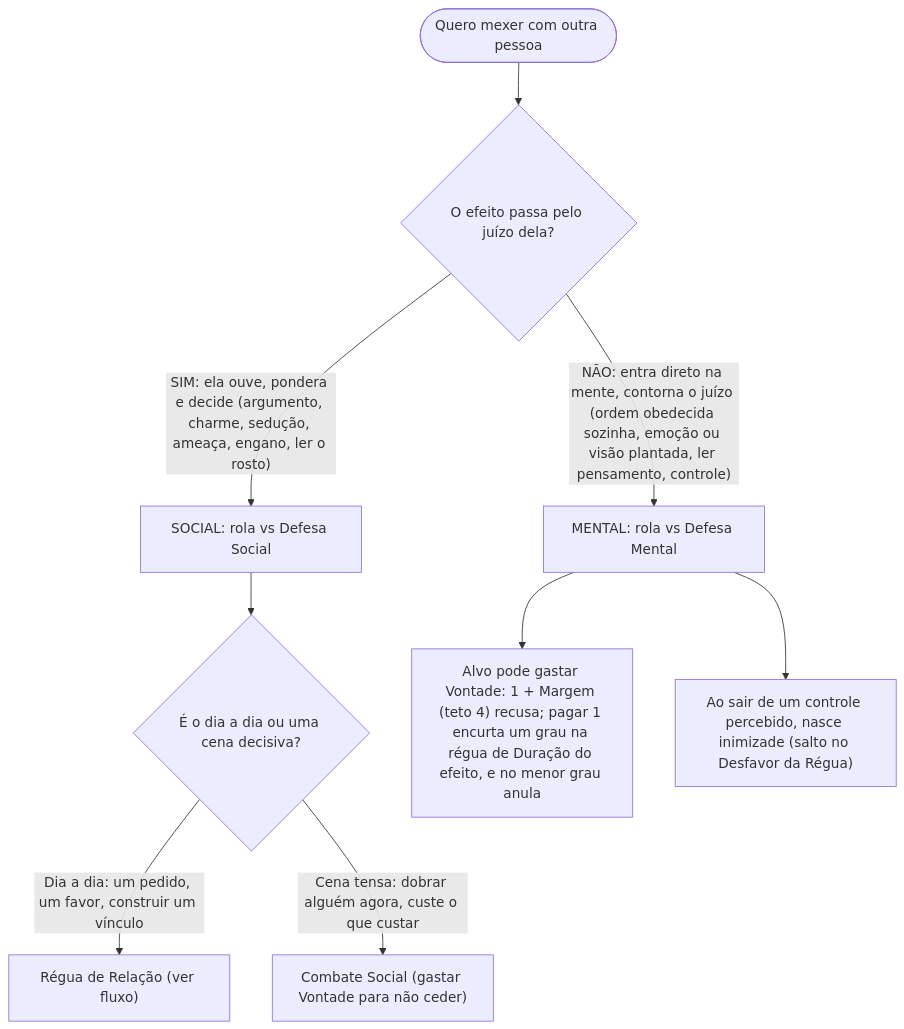
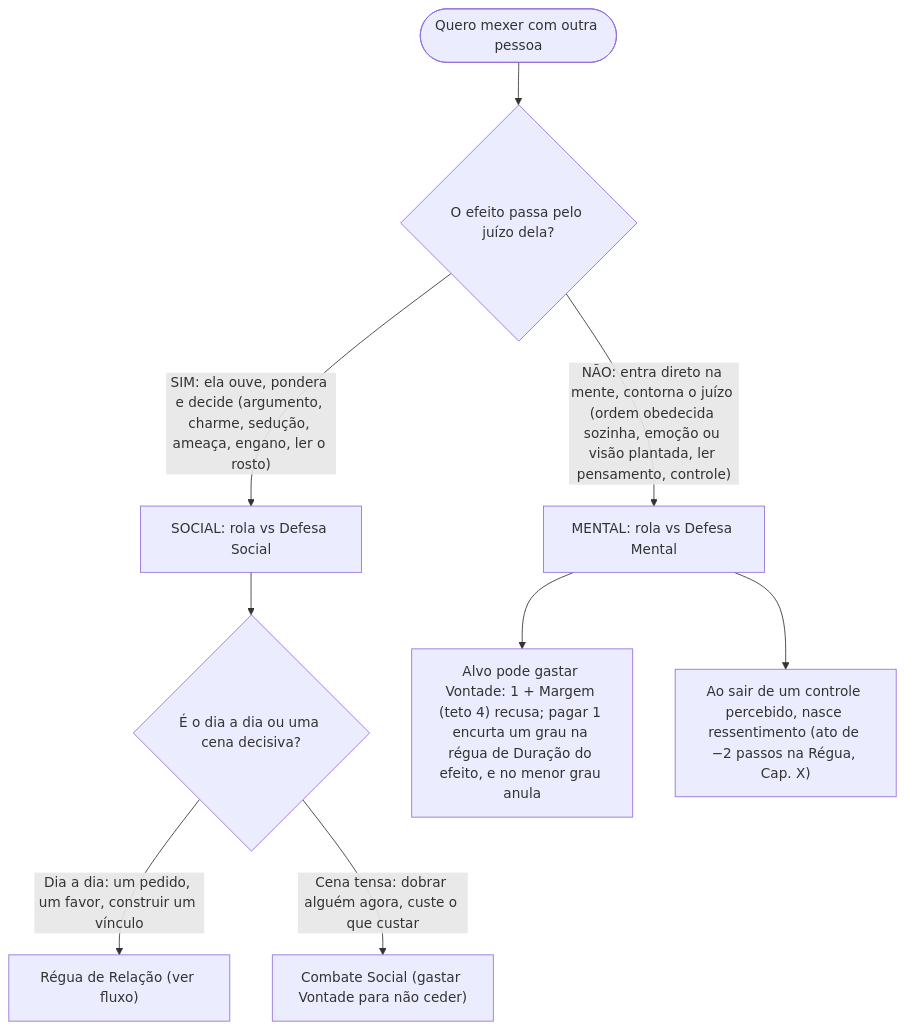
One commit to f-neves/centelha-rpg changed the second of 6 diagrams in src/content/chapters/qual-sistema.md. Above: the diagram before and after it, drawn with Mermaid. The commit also changed 19 other files, not shown here.

````diff
--- a/src/content/chapters/qual-sistema.md
+++ b/src/content/chapters/qual-sistema.md
@@ -35,11 +35,11 @@
 ```mermaid
 flowchart TD
   A(["Quero mexer com outra pessoa"]) --> B{"O efeito passa pelo juízo dela?"}
   B -->|"SIM: ela ouve, pondera e decide (argumento, charme, sedução, ameaça, engano, ler o rosto)"| S["SOCIAL: rola vs Defesa Social"]
   B -->|"NÃO: entra direto na mente, contorna o juízo (ordem obedecida sozinha, emoção ou visão plantada, ler pensamento, controle)"| M["MENTAL: rola vs Defesa Mental"]
   S --> S2{"É o dia a dia ou uma cena decisiva?"}
   S2 -->|"Dia a dia: um pedido, um favor, construir um vínculo"| Regua["Régua de Relação (ver fluxo)"]
   S2 -->|"Cena tensa: dobrar alguém agora, custe o que custar"| CS["Combate Social (gastar Vontade para não ceder)"]
   M --> M2["Alvo pode gastar Vontade: 1 + Margem (teto 4) recusa; pagar 1 encurta um grau na régua de Duração do efeito, e no menor grau anula"]
-  M --> M3["Ao sair de um controle percebido, nasce inimizade (salto no Desfavor da Régua)"]
+  M --> M3["Ao sair de um controle percebido, nasce ressentimento (ato de −2 passos na Régua, Cap. X)"]
 ```
````
